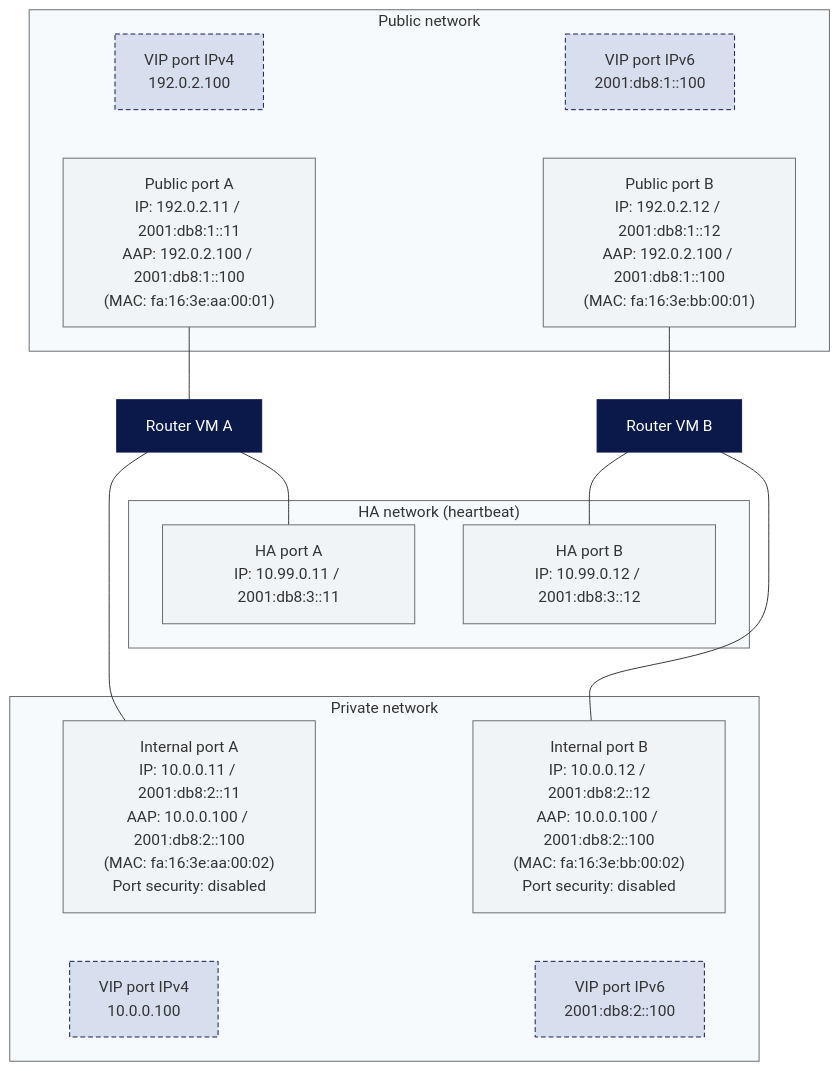
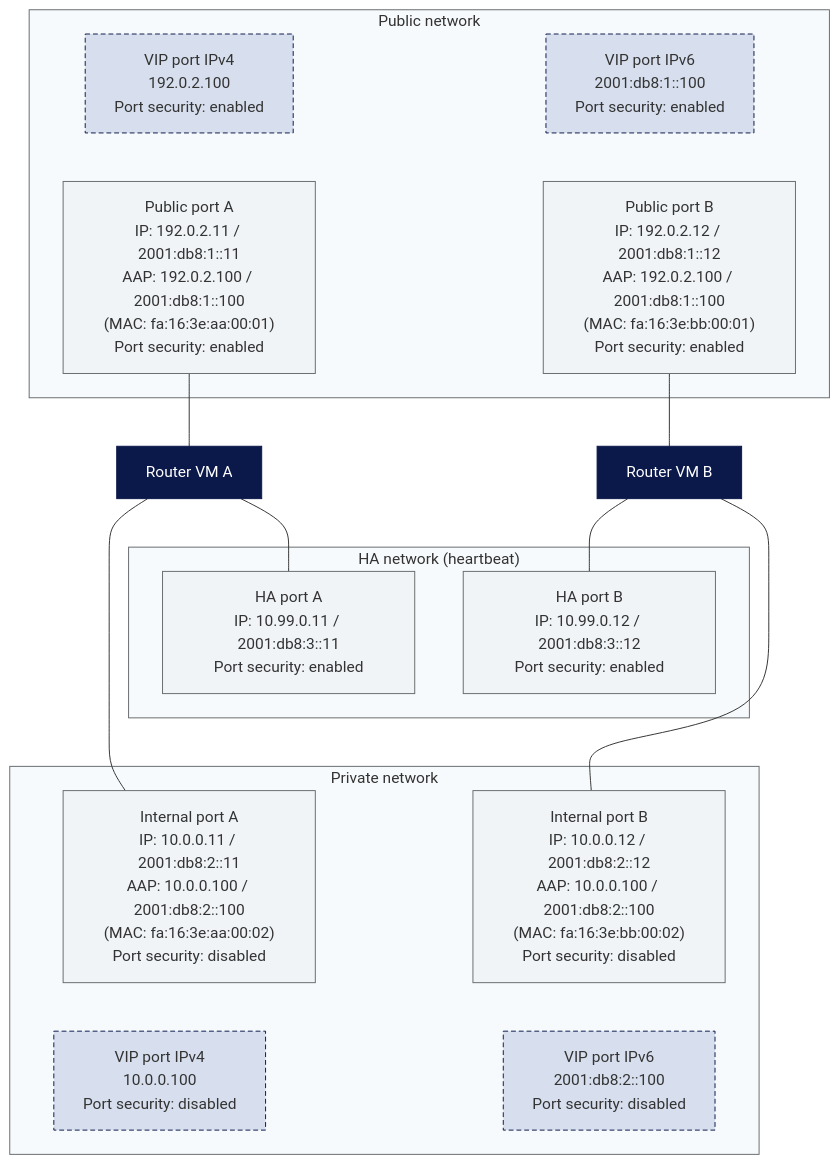
Before and after one commit to wiit-cloud/docs: the diagram in docs/_openstack/networking/router_vm/index.en.md, drawn with Mermaid. The commit also changed 1 other file, not shown here.

Commit message:
docs(openstack): label port security state on all router VM ports (#138)

````diff
--- a/docs/_openstack/networking/router_vm/index.en.md
+++ b/docs/_openstack/networking/router_vm/index.en.md
@@ -26,48 +26,48 @@
 ```mermaid
 flowchart TB
     subgraph PUB["Public network"]
-        VIP4P["VIP port IPv4<br/>192.0.2.100"]
-        VIP6P["VIP port IPv6<br/>2001:db8:1::100"]
-        PPA["Public port A<br/>IP: 192.0.2.11 / 2001:db8:1::11<br/>AAP: 192.0.2.100 / 2001:db8:1::100<br/>(MAC: fa:16:3e:aa:00:01)"]
-        PPB["Public port B<br/>IP: 192.0.2.12 / 2001:db8:1::12<br/>AAP: 192.0.2.100 / 2001:db8:1::100<br/>(MAC: fa:16:3e:bb:00:01)"]
+        VIP4P["VIP port IPv4<br/>192.0.2.100<br/>Port security: enabled"]
+        VIP6P["VIP port IPv6<br/>2001:db8:1::100<br/>Port security: enabled"]
+        PPA["Public port A<br/>IP: 192.0.2.11 / 2001:db8:1::11<br/>AAP: 192.0.2.100 / 2001:db8:1::100<br/>(MAC: fa:16:3e:aa:00:01)<br/>Port security: enabled"]
+        PPB["Public port B<br/>IP: 192.0.2.12 / 2001:db8:1::12<br/>AAP: 192.0.2.100 / 2001:db8:1::100<br/>(MAC: fa:16:3e:bb:00:01)<br/>Port security: enabled"]
     end
     RA["Router VM A"]
     RB["Router VM B"]
     subgraph HAN["HA network (heartbeat)"]
-        PHA["HA port A<br/>IP: 10.99.0.11 / 2001:db8:3::11"]
-        PHB["HA port B<br/>IP: 10.99.0.12 / 2001:db8:3::12"]
+        PHA["HA port A<br/>IP: 10.99.0.11 / 2001:db8:3::11<br/>Port security: enabled"]
+        PHB["HA port B<br/>IP: 10.99.0.12 / 2001:db8:3::12<br/>Port security: enabled"]
     end
     subgraph INT["Private network"]
         PIA["Internal port A<br/>IP: 10.0.0.11 / 2001:db8:2::11<br/>AAP: 10.0.0.100 / 2001:db8:2::100<br/>(MAC: fa:16:3e:aa:00:02)<br/>Port security: disabled"]
         PIB["Internal port B<br/>IP: 10.0.0.12 / 2001:db8:2::12<br/>AAP: 10.0.0.100 / 2001:db8:2::100<br/>(MAC: fa:16:3e:bb:00:02)<br/>Port security: disabled"]
-        VIP4I["VIP port IPv4<br/>10.0.0.100"]
-        VIP6I["VIP port IPv6<br/>2001:db8:2::100"]
+        VIP4I["VIP port IPv4<br/>10.0.0.100<br/>Port security: disabled"]
+        VIP6I["VIP port IPv6<br/>2001:db8:2::100<br/>Port security: disabled"]
     end
     VIP4P --- PPA
     VIP4P --- PPB
     VIP6P --- PPA
     VIP6P --- PPB
     PPA --- RA
     PPB --- RB
     RA --- PIA
     RA --- PHA
     RB --- PIB
     RB --- PHB
     PIA --- VIP4I
     PIA --- VIP6I
     PIB --- VIP4I
     PIB --- VIP6I
     PHA --- PIA
     PHB --- PIB
     linkStyle 0,1,2,3,10,11,12,13,14,15 stroke:transparent,stroke-width:0px
     style PUB fill:#f7fafc,stroke:#676b6d
     style HAN fill:#f7fafc,stroke:#676b6d
     style INT fill:#f7fafc,stroke:#676b6d
     classDef port fill:#f0f4f7,stroke:#676b6d
     classDef vip fill:#d7dfee,stroke:#0b194a,stroke-dasharray: 5 3
     classDef vm fill:#0b194a,stroke:#0b194a,color:#ffffff
     class PPA,PPB,PHA,PHB,PIA,PIB port
     class VIP4P,VIP6P,VIP4I,VIP6I vip
 
     class RA,RB vm
 ```
````
